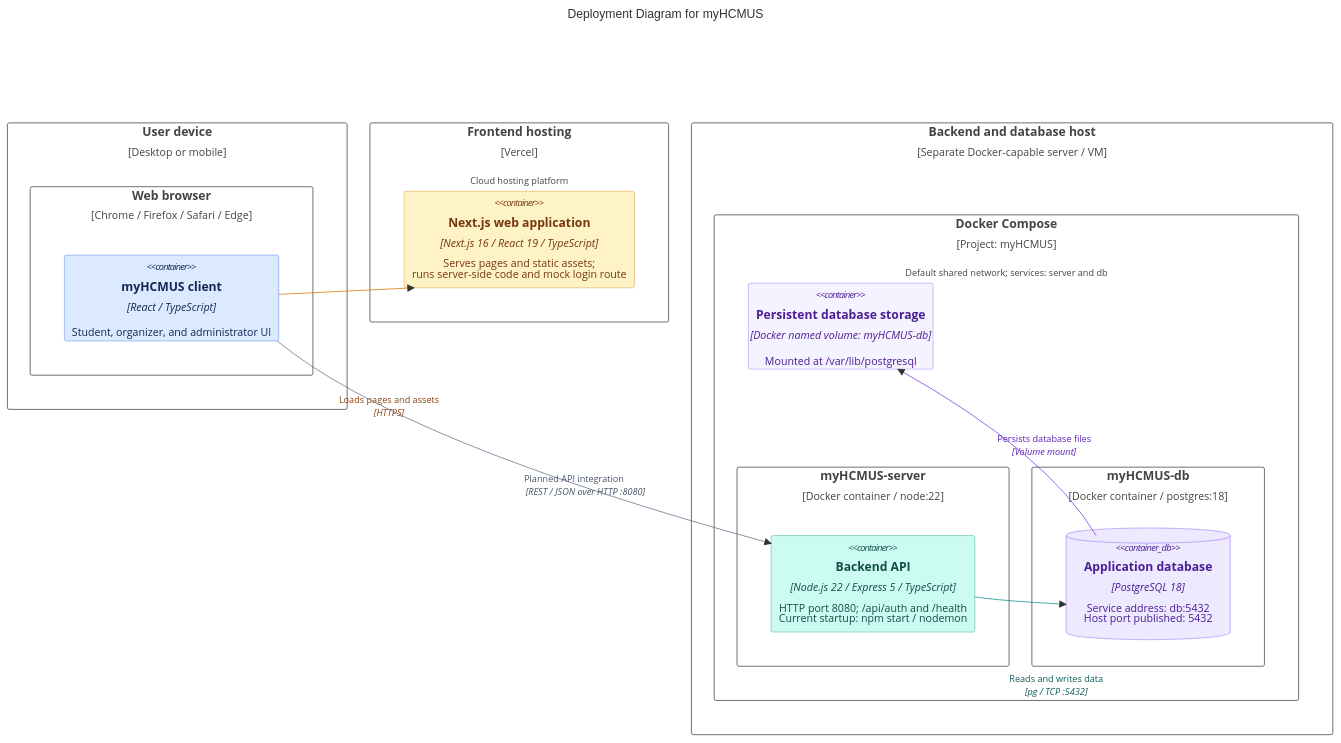
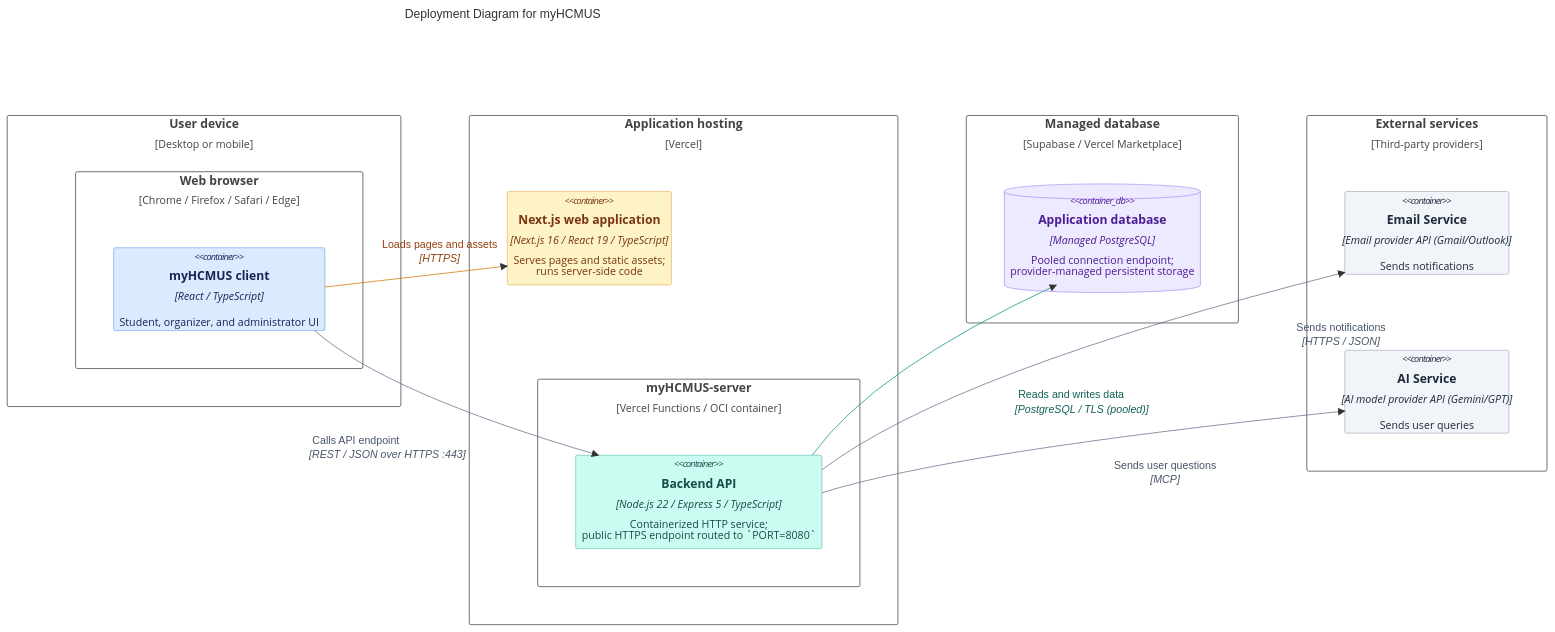
One commit to APCSk24-CS300/cs300-project changed the diagram in docs/analysis-and-design/deployment-diagram/deployment-diagram.mmd. Above: the diagram before and after it, drawn with Mermaid. The commit also changed 3 other files, not shown here.

```diff
--- a/docs/analysis-and-design/deployment-diagram/deployment-diagram.mmd
+++ b/docs/analysis-and-design/deployment-diagram/deployment-diagram.mmd
@@ -1,49 +1,55 @@
-%%{init: {"theme": "base", "themeVariables": {"fontFamily": "Arial, sans-serif", "background": "#ffffff"}, "c4": {"diagramMarginX": 30, "diagramMarginY": 30, "c4ShapeMargin": 45, "c4ShapePadding": 20}}}%%
+%%{init: {"theme": "base", "themeVariables": {"fontFamily": "Arial, sans-serif", "background": "#ffffff"}, "c4": {"diagramMarginX": 90, "diagramMarginY": 20, "c4ShapeMargin": 50, "c4ShapePadding": 16, "messageFontSize": 14, "messageFontFamily": "Arial, sans-serif"}, "themeCSS": "text[dominant-baseline=\"middle\"] { paint-order: stroke; stroke: #ffffff; stroke-width: 5px; stroke-linejoin: round; }"}}%%
+%% Export SVG/PNG with node render-diagram.cjs (requires mmdc on PATH).
+%% The renderer centers the title/Next.js card and routes API links in separate labeled lanes.
 C4Deployment
     title Deployment Diagram for myHCMUS
 
-    %% Deployment assumption: Vercel hosts the Next.js frontend.
-    %% The Express API and PostgreSQL run on a separate Docker-capable host.
-    %% Docker services, ports and storage follow src/docker-compose.yml.
+    %% Target deployment: Next.js and a Docker/OCI-packaged API run on Vercel.
+    %% PostgreSQL is provisioned through a Vercel Marketplace integration.
+    %% Docker Compose remains the local development environment.
 
     Deployment_Node(device, "User device", "Desktop or mobile") {
         Deployment_Node(browser, "Web browser", "Chrome / Firefox / Safari / Edge") {
             Container(client, "myHCMUS client", "React / TypeScript", "Student, organizer, and administrator UI")
         }
     }
 
-    Deployment_Node(frontendHost, "Frontend hosting", "Vercel", "Cloud hosting platform") {
-        Container(web, "Next.js web application", "Next.js 16 / React 19 / TypeScript", "Serves pages and static assets;<br/>runs server-side code and mock login route")
-    }
-
-    Deployment_Node(host, "Backend and database host", "Separate Docker-capable server / VM") {
-        Deployment_Node(compose, "Docker Compose", "Project: myHCMUS", "Default shared network; services: server and db") {
-            Deployment_Node(serverContainer, "myHCMUS-server", "Docker container / node:22") {
-                Container(api, "Backend API", "Node.js 22 / Express 5 / TypeScript", "HTTP port 8080; /api/auth and /health<br/>Current startup: npm start / nodemon")
-            }
-            Deployment_Node(dbContainer, "myHCMUS-db", "Docker container / postgres:18") {
-                ContainerDb(db, "Application database", "PostgreSQL 18", "Service address: db:5432<br/>Host port published: 5432")
-            }
-            Container(storage, "Persistent database storage", "Docker named volume: myHCMUS-db", "Mounted at /var/lib/postgresql")
+    Deployment_Node(vercel, "Application hosting", "Vercel") {
+        Container(web, "Next.js web application", "Next.js 16 / React 19 / TypeScript", "Serves pages and static assets;<br/>runs server-side code")
+        Deployment_Node(serverContainer, "myHCMUS-server", "Vercel Functions / OCI container") {
+            Container(api, "Backend API", "Node.js 22 / Express 5 / TypeScript", "Containerized HTTP service;<br/>public HTTPS endpoint routed to `PORT=8080`")
         }
     }
 
+    Deployment_Node(databaseHost, "Managed database", "Supabase / Vercel Marketplace") {
+        ContainerDb(db, "Application database", "Managed PostgreSQL", "Pooled connection endpoint;<br/>provider-managed persistent storage")
+    }
+
+    Deployment_Node(externalServices, "External services", "Third-party providers") {
+        Container(emailService, "Email Service", "Email provider API (Gmail/Outlook)", "Sends notifications")
+        Container(aiService, "AI Service", "AI model provider API (Gemini/GPT)", "Sends user queries")
+    }
+
     Rel(client, web, "Loads pages and assets", "HTTPS")
-    Rel(client, api, "Planned API integration", "REST / JSON over HTTP :8080")
-    Rel(api, db, "Reads and writes data", "pg / TCP :5432")
-    Rel(db, storage, "Persists database files", "Volume mount")
+    Rel(client, api, "Calls API endpoint", "REST / JSON over HTTPS :443")
+    Rel(api, db, "Reads and writes data", "PostgreSQL / TLS (pooled)")
+    Rel(api, emailService, "Sends notifications", "HTTPS / JSON")
+    Rel(api, aiService, "Sends user questions", "MCP")
 
-    %% Blue: browser UI; amber: Vercel frontend; teal: implemented API;
-    %% violet: database and persistence. Relationship labels carry status too.
+    %% Blue: browser UI; amber: Vercel frontend; teal: containerized API;
+    %% violet: managed database.
     UpdateElementStyle(client, $bgColor="#DBEAFE", $fontColor="#172554", $borderColor="#2563EB")
     UpdateElementStyle(web, $bgColor="#FEF3C7", $fontColor="#78350F", $borderColor="#D97706")
     UpdateElementStyle(api, $bgColor="#CCFBF1", $fontColor="#134E4A", $borderColor="#0D9488")
     UpdateElementStyle(db, $bgColor="#EDE9FE", $fontColor="#4C1D95", $borderColor="#7C3AED")
-    UpdateElementStyle(storage, $bgColor="#F5F3FF", $fontColor="#4C1D95", $borderColor="#8B5CF6")
 
-    UpdateRelStyle(client, web, $textColor="#92400E", $lineColor="#D97706", $offsetX="-10", $offsetY="140")
-    UpdateRelStyle(client, api, $textColor="#475569", $lineColor="#64748B", $offsetY="45")
-    UpdateRelStyle(api, db, $textColor="#115E59", $lineColor="#0D9488", $offsetX="-15", $offsetY="100")
-    UpdateRelStyle(db, storage, $textColor="#5B21B6", $lineColor="#7C3AED", $offsetY="-20")
+    UpdateRelStyle(client, web, $textColor="#92400E", $lineColor="#D97706", $offsetX="-45", $offsetY="-45")
+    UpdateRelStyle(client, api, $textColor="#475569", $lineColor="#64748B", $offsetX="-190", $offsetY="60")
+    UpdateRelStyle(api, db, $textColor="#115E59", $lineColor="#0D9488", $offsetX="110", $offsetY="30")
 
-    UpdateLayoutConfig($c4ShapeInRow="1", $c4BoundaryInRow="3")
+    UpdateElementStyle(emailService, $bgColor="#F1F5F9", $fontColor="#1E293B", $borderColor="#64748B")
+    UpdateElementStyle(aiService, $bgColor="#F1F5F9", $fontColor="#1E293B", $borderColor="#64748B")
+    UpdateRelStyle(api, emailService, $textColor="#475569", $lineColor="#64748B", $offsetX="280", $offsetY="-60")
+    UpdateRelStyle(api, aiService, $textColor="#475569", $lineColor="#64748B", $offsetX="40", $offsetY="15")
+
+    UpdateLayoutConfig($c4ShapeInRow="1", $c4BoundaryInRow="4")
```
